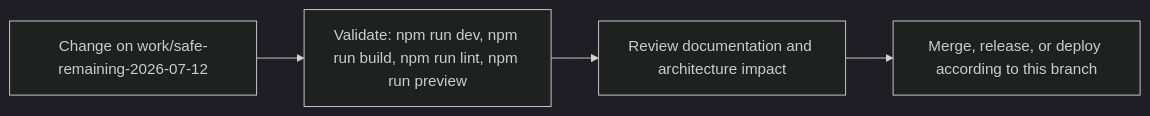
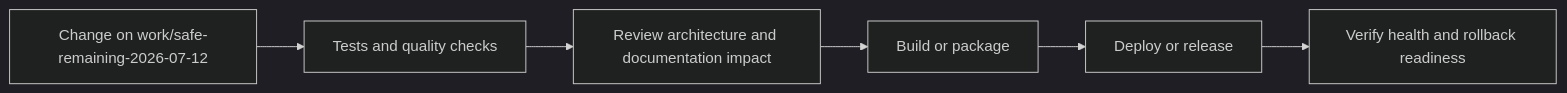
One commit to Nischhalsubba/Reeja-Maharjan-Website-2026 changed the fourth of 5 diagrams in README.md. Above: the diagram before and after it, drawn with Mermaid (dark theme). The commit also changed other lines of this file, not shown here.

````diff
--- a/README.md
+++ b/README.md
@@ -80,8 +163,8 @@
 ```mermaid
 flowchart LR
-    CHANGE["Change on work/safe-remaining-2026-07-12"]
-    CHECK["Validate: npm run dev, npm run build, npm run lint, npm run preview"]
-    REVIEW["Review documentation and architecture impact"]
-    RELEASE["Merge, release, or deploy according to this branch"]
-    CHANGE --> CHECK --> REVIEW --> RELEASE
+    CHANGE["Change on work/safe-remaining-2026-07-12"] --> CHECK["Tests and quality checks"]
+    CHECK --> REVIEW["Review architecture and documentation impact"]
+    REVIEW --> BUILD["Build or package"]
+    BUILD --> DEPLOY["Deploy or release"]
+    DEPLOY --> VERIFY["Verify health and rollback readiness"]
 ```
````
